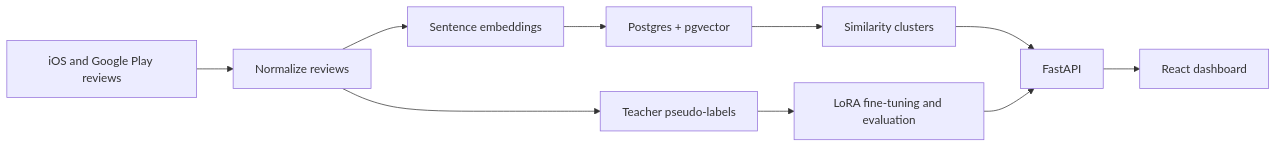
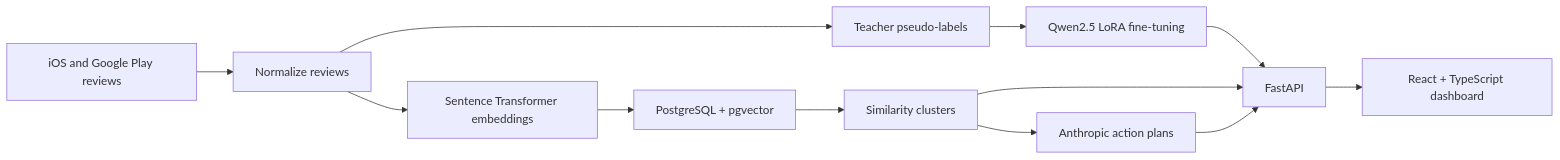
Before and after one commit to Zayd-AG/review-manager: the diagram in README.md, drawn with Mermaid. The commit also changed other lines of this file, not shown here.

````diff
--- a/README.md
+++ b/README.md
@@ -17,12 +18,14 @@
 ```mermaid
 flowchart LR
     A[iOS and Google Play reviews] --> B[Normalize reviews]
     B --> C[Teacher pseudo-labels]
-    C --> D[LoRA fine-tuning and evaluation]
-    B --> E[Sentence embeddings]
-    E --> F[Postgres + pgvector]
+    C --> D[Qwen2.5 LoRA fine-tuning]
+    B --> E[Sentence Transformer embeddings]
+    E --> F[PostgreSQL + pgvector]
     F --> G[Similarity clusters]
     G --> H[FastAPI]
     D --> H
-    H --> I[React dashboard]
+    H --> I[React + TypeScript dashboard]
+    G --> J[Anthropic action plans]
+    J --> H
 ```
````
